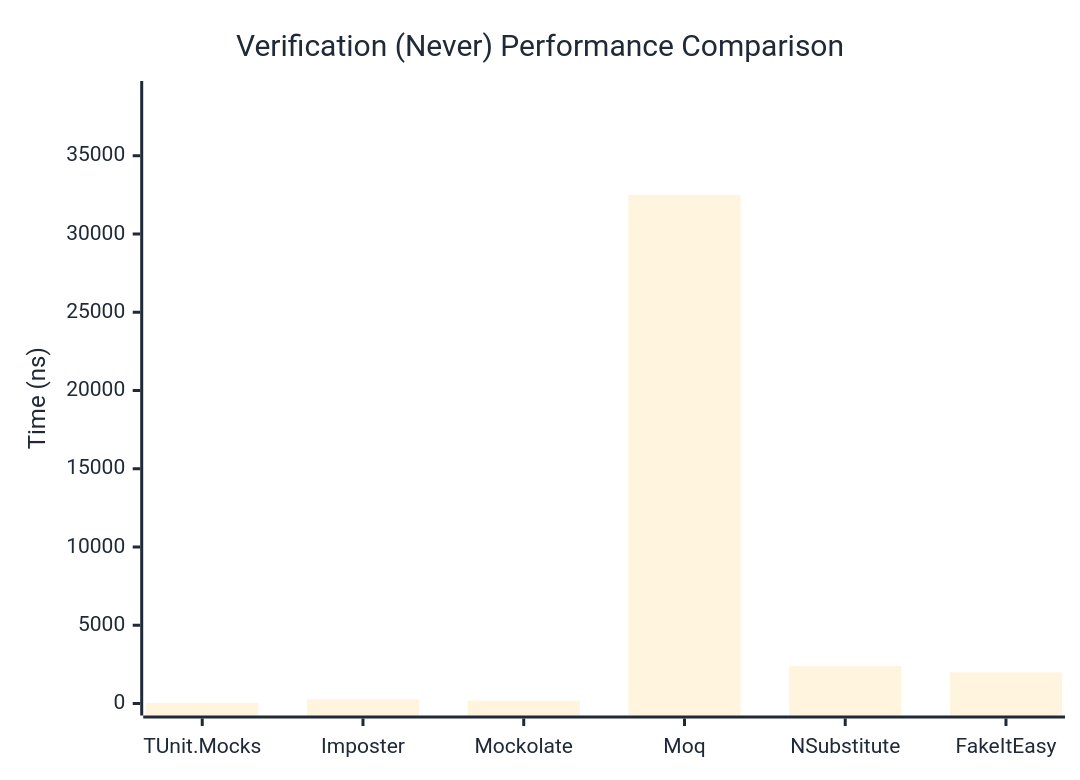
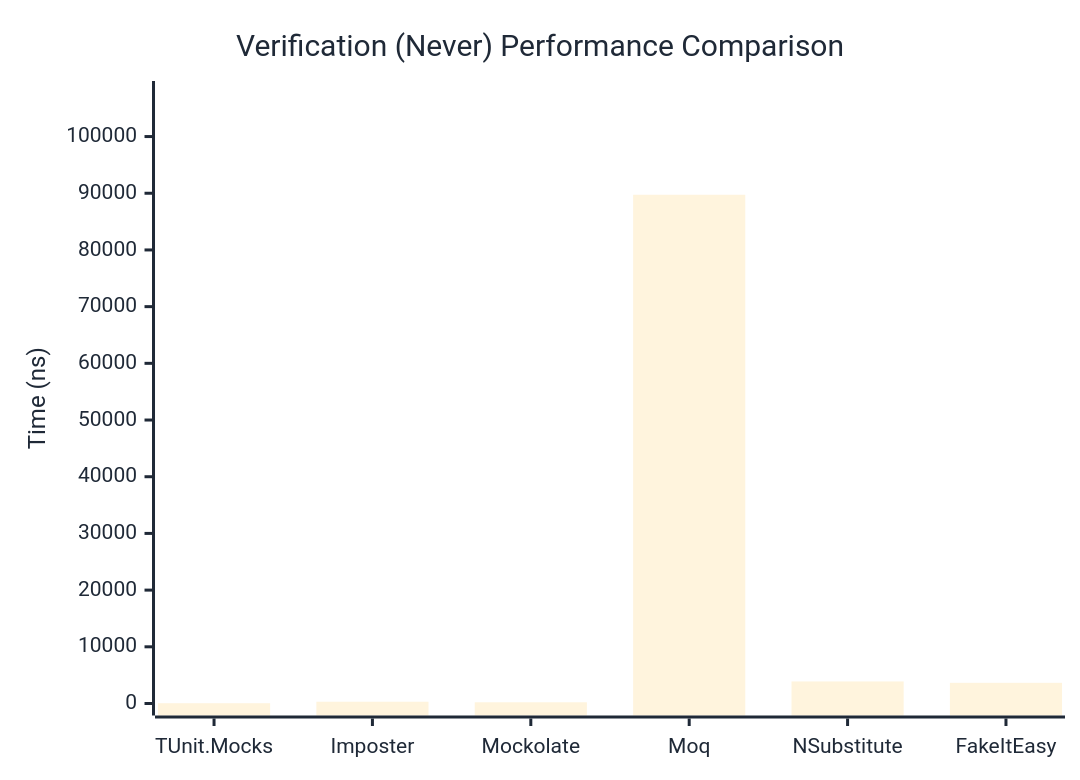
One commit to thomhurst/TUnit changed the second of 3 diagrams in docs/docs/benchmarks/mocks/Verification.md. Above: the diagram before and after it, drawn with Mermaid. The commit also changed other lines of this file and 14 other files, not shown here.

````diff
--- a/docs/docs/benchmarks/mocks/Verification.md
+++ b/docs/docs/benchmarks/mocks/Verification.md
@@ -71,27 +71,27 @@
 ```mermaid
 %%{init: {
   'theme':'base',
   'themeVariables': {
     'primaryColor': '#2563eb',
     'primaryTextColor': '#1f2937',
     'primaryBorderColor': '#1e40af',
     'lineColor': '#6b7280',
     'secondaryColor': '#7c3aed',
     'tertiaryColor': '#dc2626',
     'background': '#ffffff',
     'pie1': '#2563eb',
     'pie2': '#7c3aed',
     'pie3': '#dc2626',
     'pie4': '#f59e0b',
     'pie5': '#10b981',
     'pie6': '#06b6d4',
     'pie7': '#ec4899',
     'pie8': '#6366f1'
   }
 }}%%
 xychart-beta
   title "Verification (Never) Performance Comparison"
   x-axis ["TUnit.Mocks", "Imposter", "Mockolate", "Moq", "NSubstitute", "FakeItEasy"]
-  y-axis "Time (ns)" 0 --> 39009
-  bar [41.07, 273.51, 191.15, 32506.73, 2385.96, 1987.85]
+  y-axis "Time (ns)" 0 --> 107683
+  bar [50.51, 310.62, 216.7, 89735.83, 3891.54, 3647.1]
 ```
````
